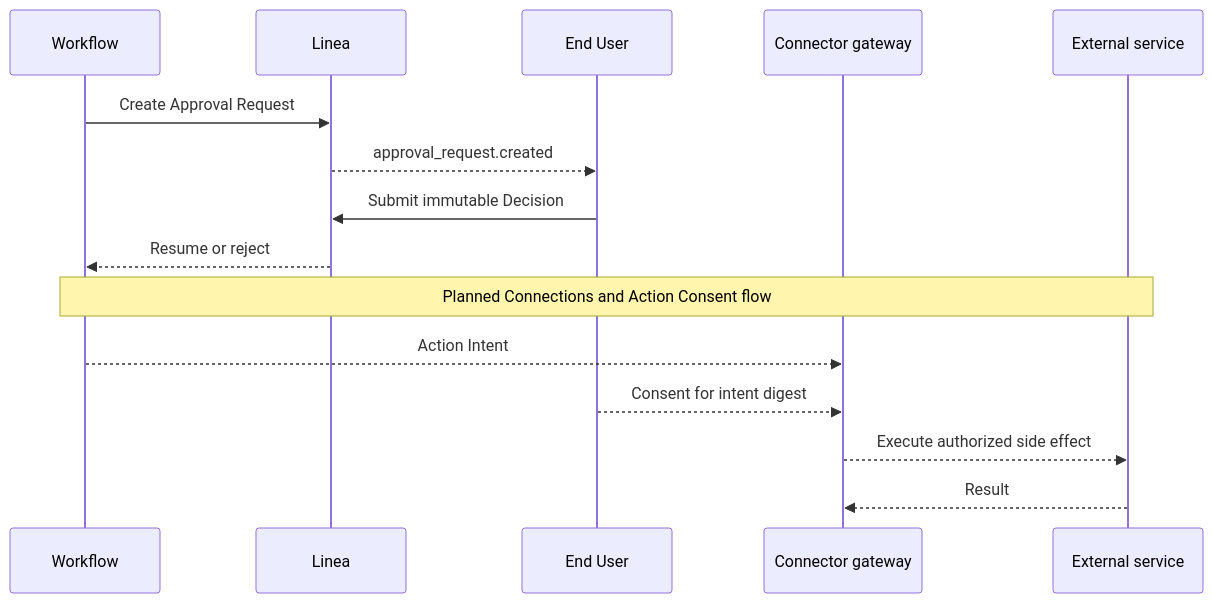
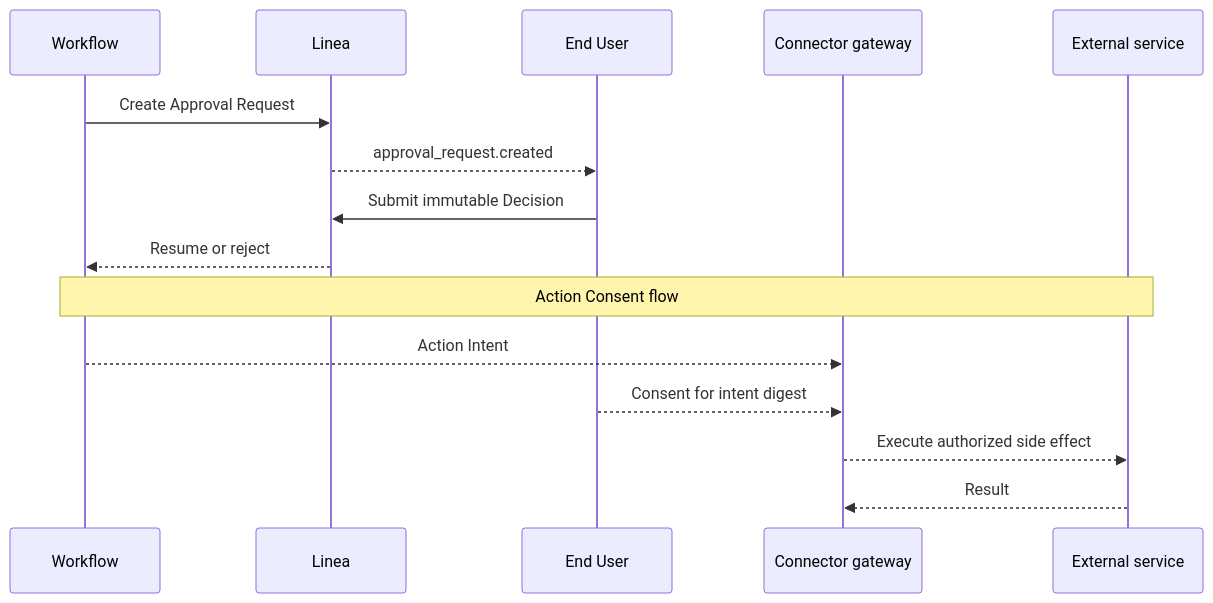
Before and after one commit to linea-org/docs: the diagram in content/docs/security/approvals-and-actions.mdx, drawn with Mermaid. The commit also changed other lines of this file and 6 other files, not shown here.

Commit message:
docs: describe the shipped End-User flow and Action Consent

````diff
--- a/content/docs/security/approvals-and-actions.mdx
+++ b/content/docs/security/approvals-and-actions.mdx
@@ -11,17 +11,17 @@
 ```mermaid
 sequenceDiagram
   participant Workflow
   participant Linea
   participant User as End User
   participant Gateway as Connector gateway
   participant External as External service
   Workflow->>Linea: Create Approval Request
   Linea-->>User: approval_request.created
   User->>Linea: Submit immutable Decision
   Linea-->>Workflow: Resume or reject
-  Note over Workflow,External: Planned Connections and Action Consent flow
+  Note over Workflow,External: Action Consent flow
   Workflow-->>Gateway: Action Intent
   User-->>Gateway: Consent for intent digest
   Gateway-->>External: Execute authorized side effect
   External-->>Gateway: Result
 ```
````
